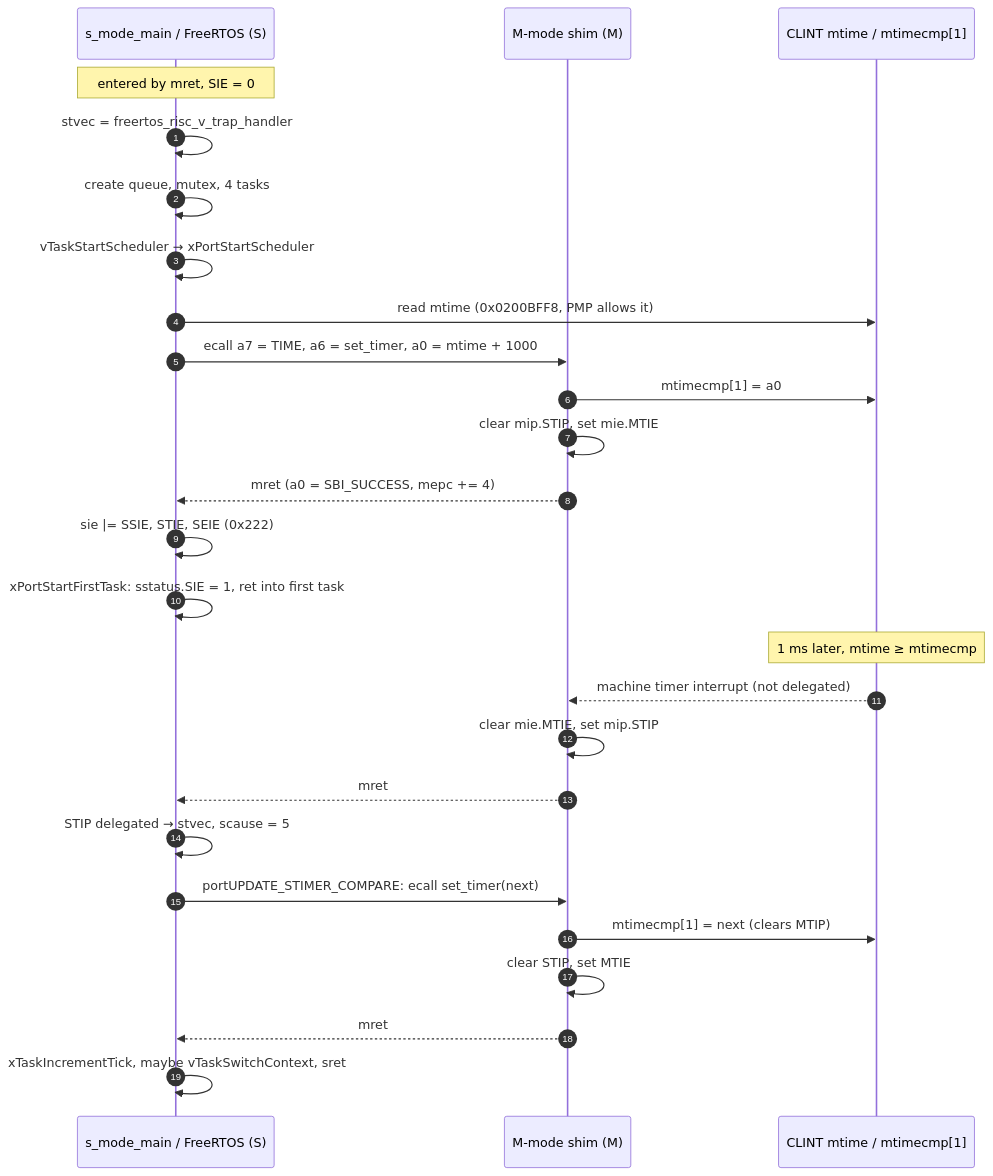
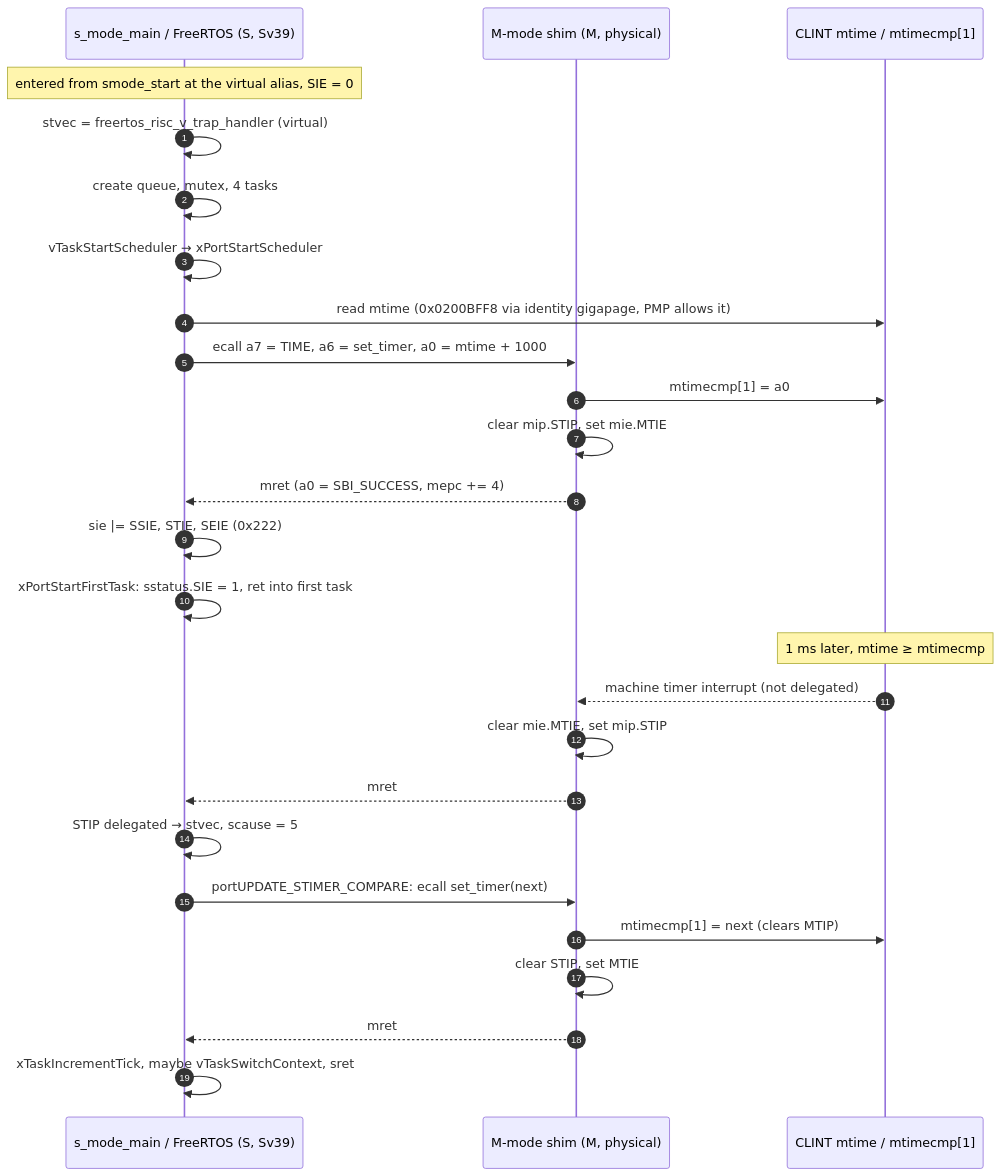
Before and after one commit to InuyashaITB/mpfs-freertos-smode: diagram 12 of 12 in docs/boot-to-smode.md, drawn with Mermaid. The commit also changed other lines of this file, not shown here.

First line of the commit message:
Document the Sv39 bring-up in the boot-flow diagrams

````diff
--- a/docs/boot-to-smode.md
+++ b/docs/boot-to-smode.md
@@ -295,30 +435,30 @@
 ```mermaid
 sequenceDiagram
     autonumber
-    participant S as s_mode_main / FreeRTOS (S)
-    participant M as M-mode shim (M)
+    participant S as s_mode_main / FreeRTOS (S, Sv39)
+    participant M as M-mode shim (M, physical)
     participant CLINT as CLINT mtime / mtimecmp[1]
 
-    Note over S: entered by mret, SIE = 0
-    S->>S: stvec = freertos_risc_v_trap_handler
+    Note over S: entered from smode_start at the virtual alias, SIE = 0
+    S->>S: stvec = freertos_risc_v_trap_handler (virtual)
     S->>S: create queue, mutex, 4 tasks
     S->>S: vTaskStartScheduler → xPortStartScheduler
-    S->>CLINT: read mtime (0x0200BFF8, PMP allows it)
+    S->>CLINT: read mtime (0x0200BFF8 via identity gigapage, PMP allows it)
     S->>M: ecall a7 = TIME, a6 = set_timer, a0 = mtime + 1000
     M->>CLINT: mtimecmp[1] = a0
     M->>M: clear mip.STIP, set mie.MTIE
     M-->>S: mret (a0 = SBI_SUCCESS, mepc += 4)
     S->>S: sie |= SSIE, STIE, SEIE (0x222)
     S->>S: xPortStartFirstTask: sstatus.SIE = 1, ret into first task
 
     Note over CLINT: 1 ms later, mtime ≥ mtimecmp
     CLINT-->>M: machine timer interrupt (not delegated)
     M->>M: clear mie.MTIE, set mip.STIP
     M-->>S: mret
     S->>S: STIP delegated → stvec, scause = 5
     S->>M: portUPDATE_STIMER_COMPARE: ecall set_timer(next)
     M->>CLINT: mtimecmp[1] = next (clears MTIP)
     M->>M: clear STIP, set MTIE
     M-->>S: mret
     S->>S: xTaskIncrementTick, maybe vTaskSwitchContext, sret
 ```
````
